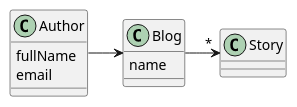
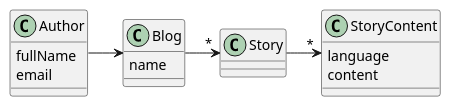
The diagram in doc/capabilities/blog/model.plantuml (wutsi/wutsi-domain), drawn with PlantUML before and after one commit.

```diff
--- a/doc/capabilities/blog/model.plantuml
+++ b/doc/capabilities/blog/model.plantuml
@@ -1,18 +1,23 @@
 @startuml
 class Author {
   fullName
   email
 }
 
 class Blog {
   name
 }
 
 
 class Story {
 }
 
+class StoryContent {
+  language
+  content
+}
 
 Author -> Blog
 Blog -> "*" Story
+Story -> "*" StoryContent
 @enduml
```
